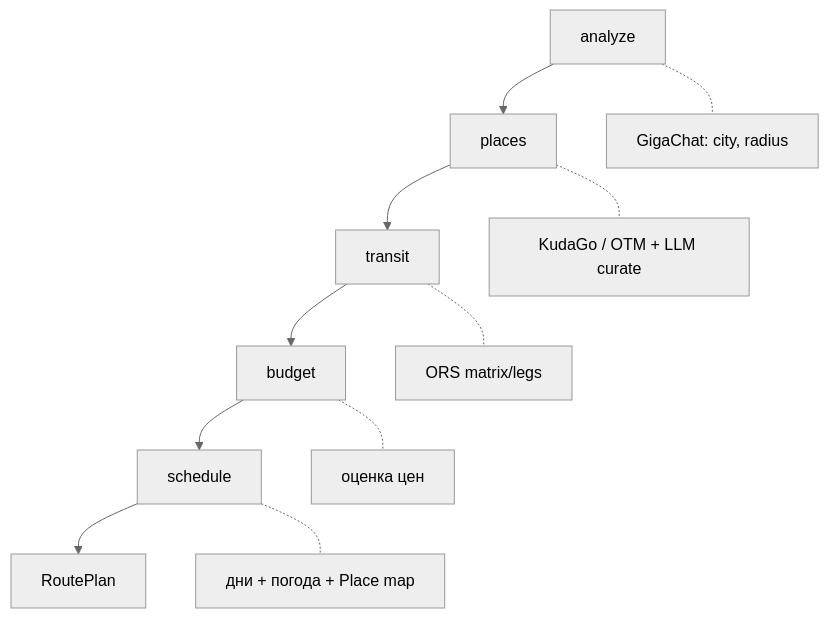
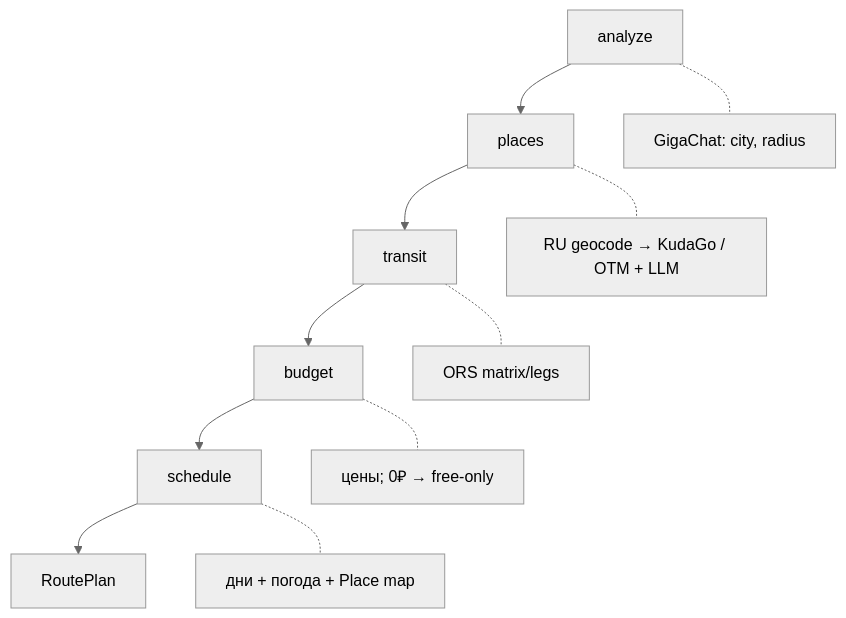
Before and after one commit to Halpama/max_hackaton: the fourth of 7 diagrams in ARCHITECTURE.md, drawn with Mermaid (neutral theme). The commit also changed other lines of this file and 2 other files, not shown here.

First line of the commit message:
Refresh architecture docs for SearXNG, geo, and trip UX.

````diff
--- a/ARCHITECTURE.md
+++ b/ARCHITECTURE.md
@@ -164,14 +180,14 @@
 ```mermaid
 flowchart TD
   A[analyze] --> B[places]
   B --> C[transit]
   C --> D[budget]
   D --> E[schedule]
   E --> F[RoutePlan]
 
   A -.- A1[GigaChat: city, radius]
-  B -.- B1[KudaGo / OTM + LLM curate]
+  B -.- B1[RU geocode → KudaGo / OTM + LLM]
   C -.- C1[ORS matrix/legs]
-  D -.- D1[оценка цен]
+  D -.- D1[цены; 0₽ → free-only]
   E -.- E1[дни + погода + Place map]
 ```
````
